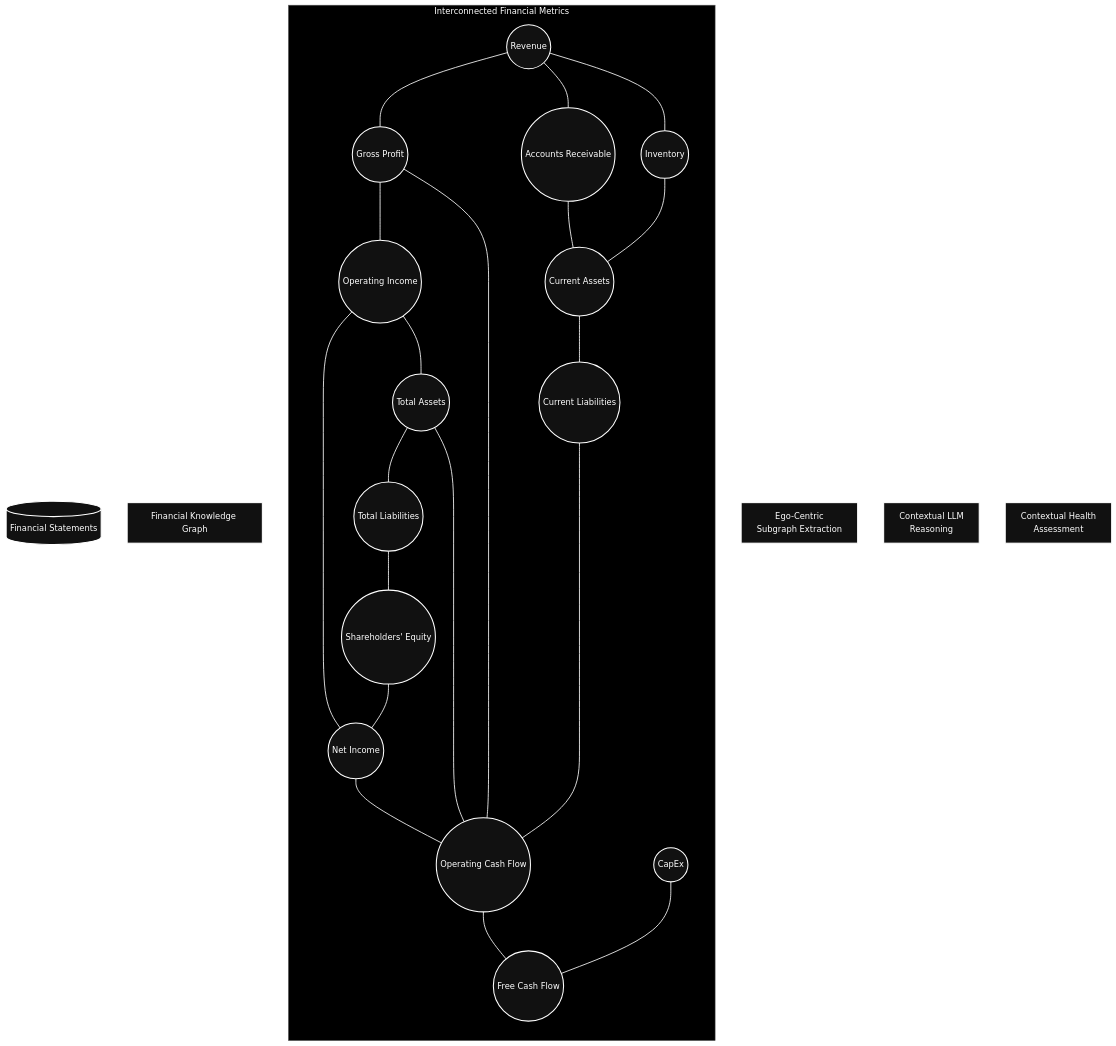
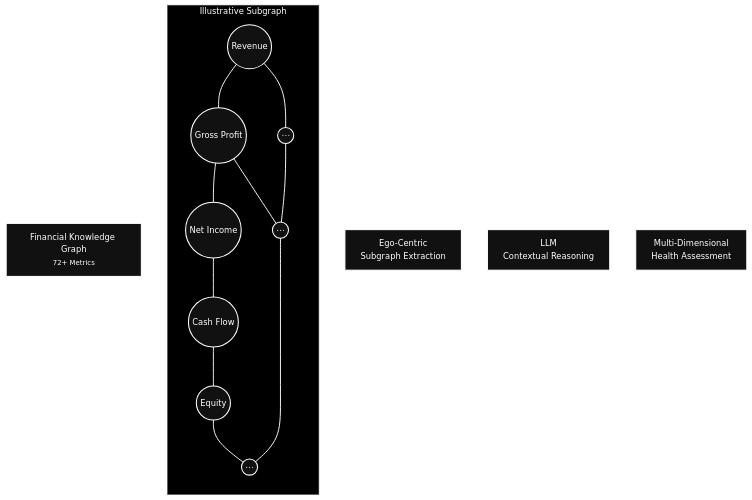
One commit to Shiva498689/GDG_PS changed the diagram in README.md. Above: the diagram before and after it, drawn with Mermaid.

````diff
--- a/README.md
+++ b/README.md
@@ -1,77 +1,50 @@
 ```mermaid
 flowchart LR
 
-    INPUT[(Financial Statements)]
+    KG["Financial Knowledge Graph<br/><small>72+ Metrics</small>"]
 
-    KG["Financial Knowledge Graph"]
-
-    subgraph GRAPH["Interconnected Financial Metrics"]
+    subgraph SG["Illustrative Subgraph"]
 
         REV((Revenue))
         GP((Gross Profit))
-        OI((Operating Income))
         NI((Net Income))
+        CFO((Cash Flow))
+        EQ((Equity))
 
-        CFO((Operating Cash Flow))
-        FCF((Free Cash Flow))
-
-        CA((Current Assets))
-        CL((Current Liabilities))
-
-        TA((Total Assets))
-        TL((Total Liabilities))
-
-        EQ((Shareholders' Equity))
-
-        AR((Accounts Receivable))
-        INV((Inventory))
-        CAPEX((CapEx))
+        MORE1((⋯))
+        MORE2((⋯))
+        MORE3((⋯))
 
         REV --- GP
-        GP --- OI
-        OI --- NI
+        GP --- NI
+        NI --- CFO
+        CFO --- EQ
 
-        REV --- AR
-        REV --- INV
+        REV --- MORE1
+        GP --- MORE2
+        EQ --- MORE3
 
-        NI --- CFO
-        CFO --- FCF
-        CAPEX --- FCF
-
-        TA --- TL
-        TL --- EQ
-        TA --- CFO
-
-        CA --- CL
-        CL --- CFO
-
-        AR --- CA
-        INV --- CA
-
-        EQ --- NI
-        GP --- CFO
-        OI --- TA
+        MORE1 --- MORE2
+        MORE2 --- MORE3
 
     end
 
-    SUB["Ego-Centric<br/>Subgraph Extraction"]
+    EGO["Ego-Centric<br/>Subgraph Extraction"]
 
-    LLM["Contextual LLM<br/>Reasoning"]
+    LLM["LLM<br/>Contextual Reasoning"]
 
-    SCORE["Contextual Health<br/>Assessment"]
+    SCORE["Multi-Dimensional<br/>Health Assessment"]
 
-    INPUT --> KG
-    KG --> GRAPH
-    GRAPH --> SUB
-    SUB --> LLM
+    KG --> SG
+    SG --> EGO
+    EGO --> LLM
     LLM --> SCORE
 
     classDef dark fill:#111111,stroke:#FFFFFF,color:#FFFFFF,stroke-width:2px;
 
-    class INPUT,KG,SUB,LLM,SCORE dark;
-    class REV,GP,OI,NI,CFO,FCF,CA,CL,TA,TL,EQ,AR,INV,CAPEX dark;
+    class KG,EGO,LLM,SCORE,REV,GP,NI,CFO,EQ,MORE1,MORE2,MORE3 dark;
 
-    style GRAPH fill:#000000,stroke:#666666,color:#FFFFFF
+    style SG fill:#000000,stroke:#666666,color:#FFFFFF
 
-    linkStyle default stroke:#FFFFFF,stroke-width:1.6px
+    linkStyle default stroke:#FFFFFF,stroke-width:1.8px
 ```
````
